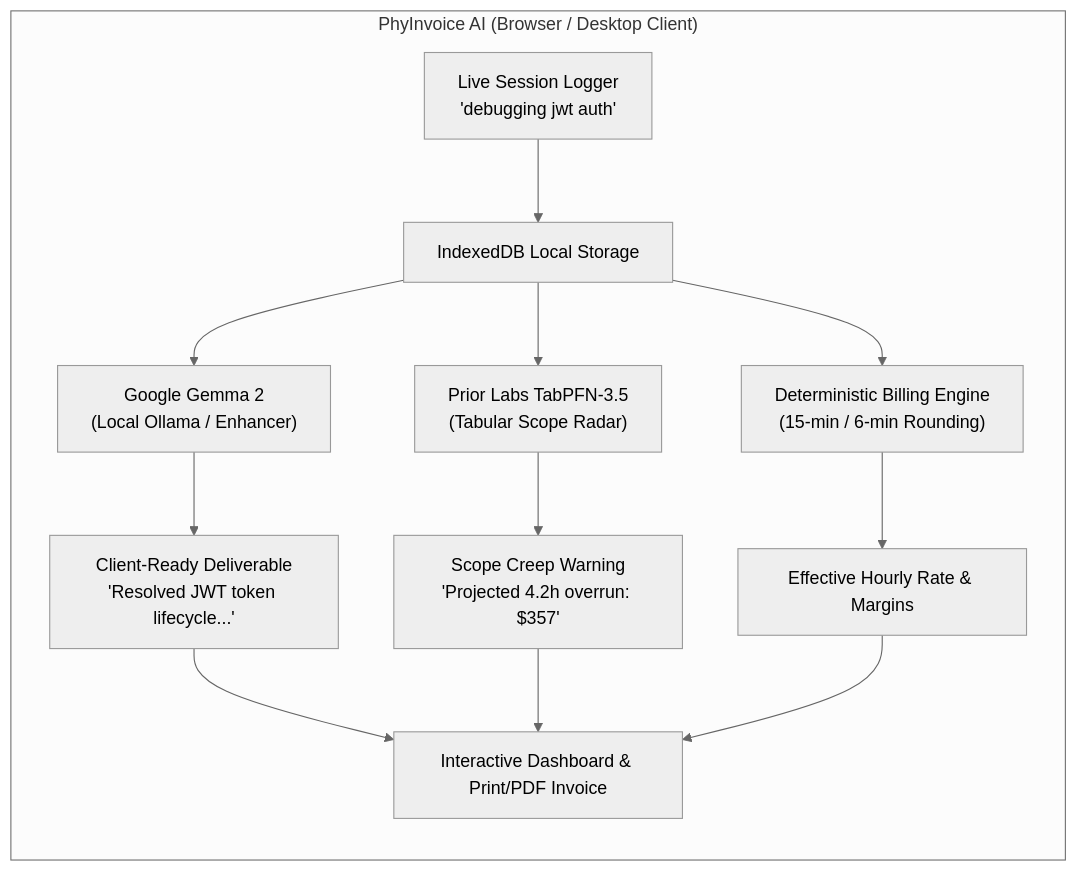
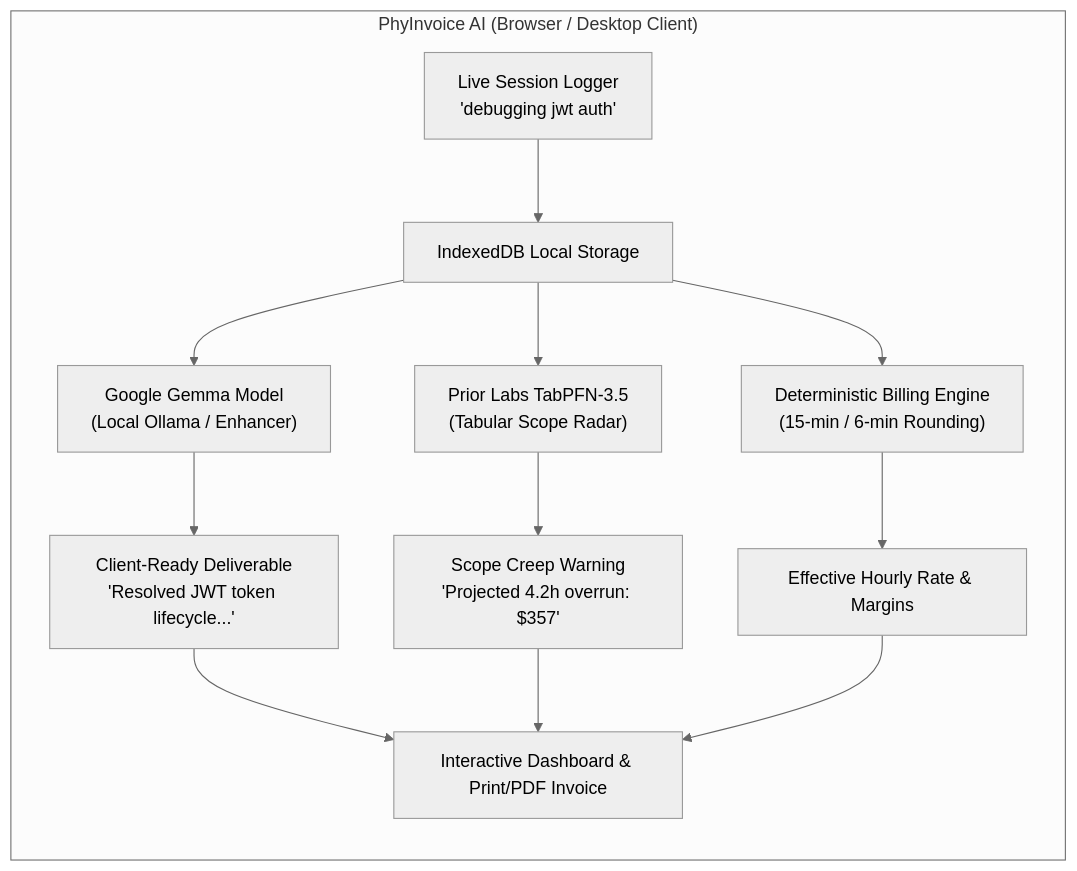
The diagram in README.md (shivamgravity/phyinvoice-ai), drawn with Mermaid (neutral theme) before and after one commit. The commit also changed other lines of this file and 6 other files, not shown here.

Commit message:
Support and auto-detect any local Google Gemma model variant

````diff
--- a/README.md
+++ b/README.md
@@ -36,15 +36,15 @@
 ```mermaid
 flowchart LR
     subgraph LocalApp["PhyInvoice AI (Browser / Desktop Client)"]
         A["Live Session Logger<br/>'debugging jwt auth'"] --> B["IndexedDB Local Storage"]
-        B --> C["Google Gemma 2<br/>(Local Ollama / Enhancer)"]
+        B --> C["Google Gemma Model<br/>(Local Ollama / Enhancer)"]
         B --> D["Prior Labs TabPFN-3.5<br/>(Tabular Scope Radar)"]
         B --> E["Deterministic Billing Engine<br/>(15-min / 6-min Rounding)"]
         
         C --> F["Client-Ready Deliverable<br/>'Resolved JWT token lifecycle...'"]
         D --> G["Scope Creep Warning<br/>'Projected 4.2h overrun: $357'"]
         E --> H["Effective Hourly Rate & Margins"]
         
         F & G & H --> I["Interactive Dashboard & Print/PDF Invoice"]
     end
 ```
````
